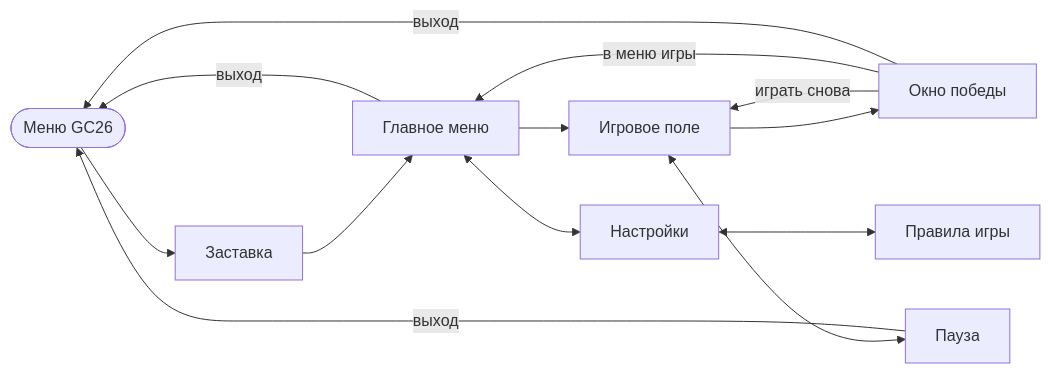
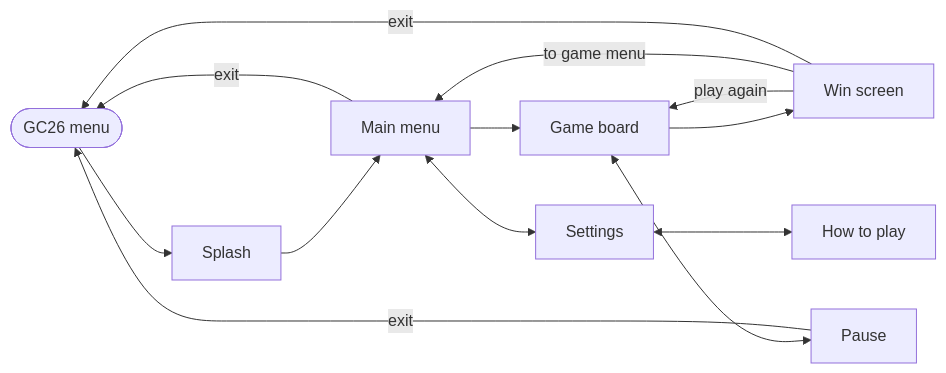
The diagram in docs/GDD_findepair.md (Zaidejas/GC26), drawn with Mermaid before and after one commit. The commit also changed other lines of this file and 13 other files, not shown here.

````diff
--- a/docs/GDD_findepair.md
+++ b/docs/GDD_findepair.md
@@ -105,15 +105,15 @@
 ```mermaid
 flowchart LR
-    Shell([Меню GC26]) --> Splash[Заставка]
-    Splash --> Menu[Главное меню]
-    Menu --> Game[Игровое поле]
-    Game --> Win[Окно победы]
-    Win -- играть снова --> Game
-    Win -- в меню игры --> Menu
-    Menu <--> Settings[Настройки]
-    Settings <--> Rules[Правила игры]
-    Game <--> Pause[Пауза]
-    Menu -- выход --> Shell
-    Pause -- выход --> Shell
-    Win -- выход --> Shell
+    Shell([GC26 menu]) --> Splash[Splash]
+    Splash --> Menu[Main menu]
+    Menu --> Game[Game board]
+    Game --> Win[Win screen]
+    Win -- play again --> Game
+    Win -- to game menu --> Menu
+    Menu <--> Settings[Settings]
+    Settings <--> Rules[How to play]
+    Game <--> Pause[Pause]
+    Menu -- exit --> Shell
+    Pause -- exit --> Shell
+    Win -- exit --> Shell
 ```
````
